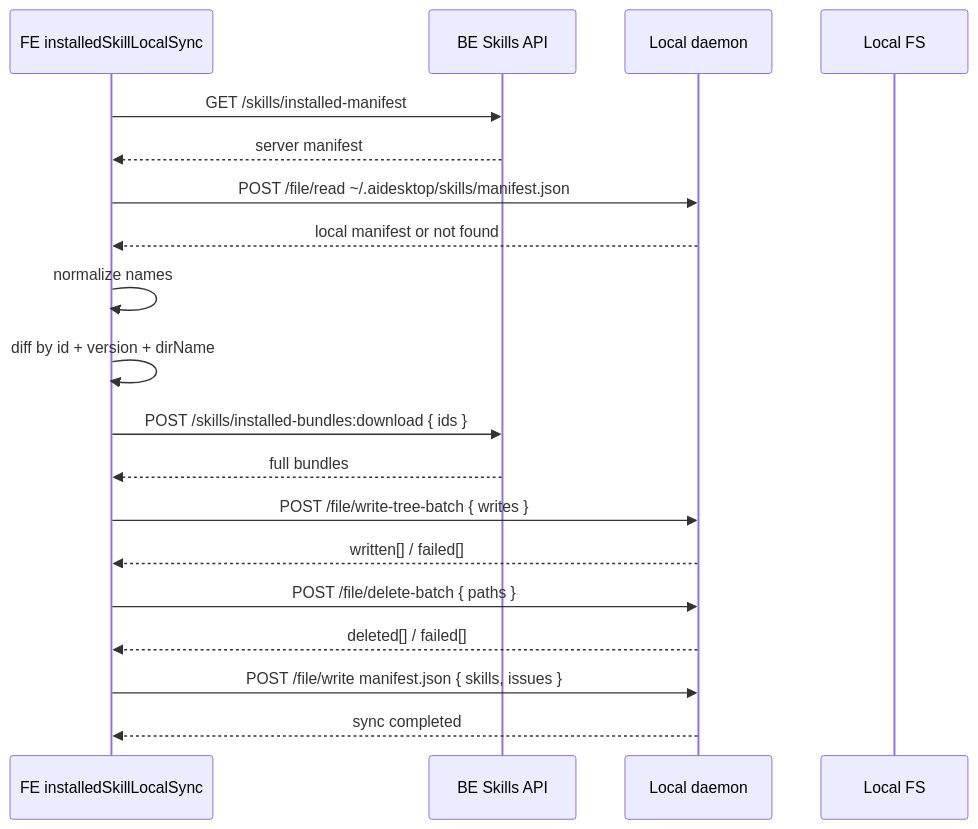
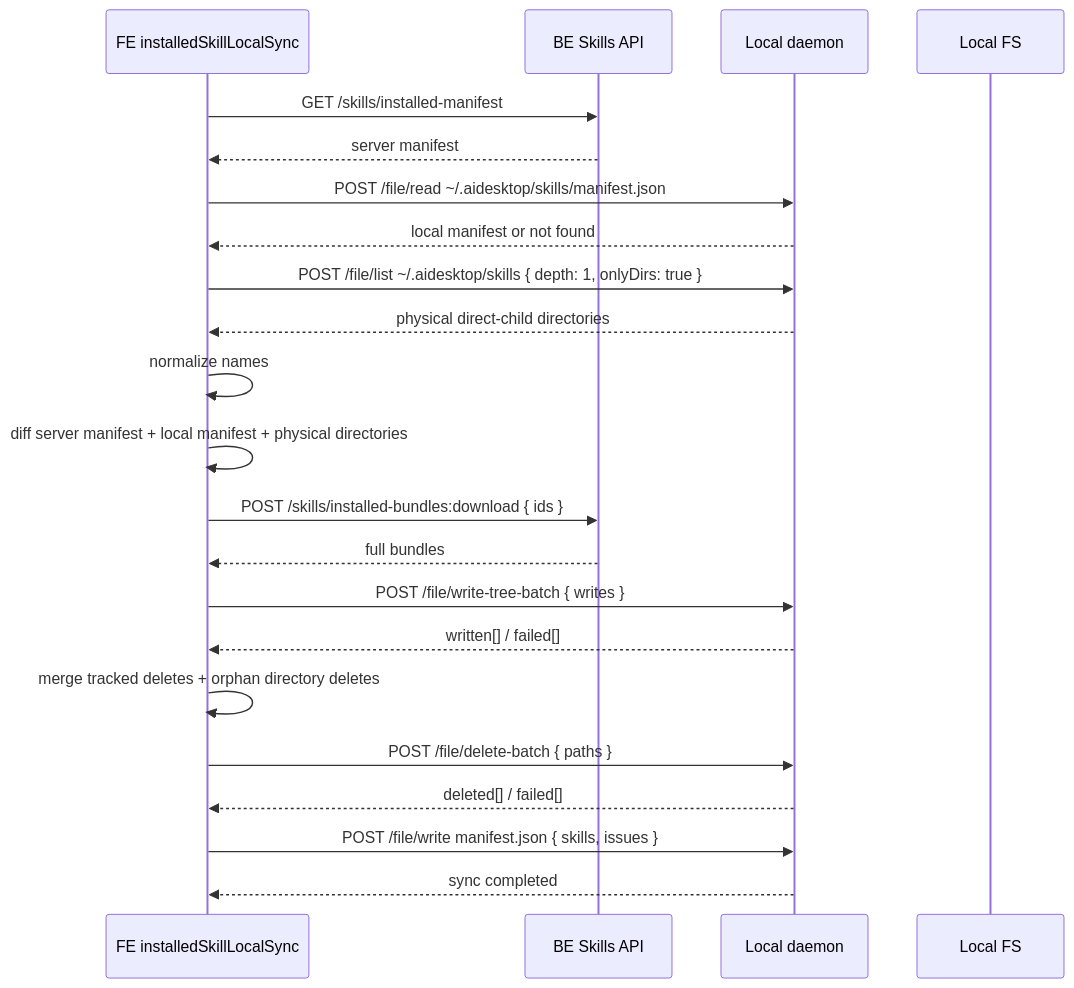
The third of 3 diagrams in ai-desk/Skill/local-materialization/specs/02-sync-flow.md (karmiy/rc-obsidian-docs), drawn with Mermaid before and after one commit. The commit also changed other lines of this file and 16 other files, not shown here.

````diff
--- a/ai-desk/Skill/local-materialization/specs/02-sync-flow.md
+++ b/ai-desk/Skill/local-materialization/specs/02-sync-flow.md
@@ -183,22 +183,25 @@
 ```mermaid
 sequenceDiagram
   participant FE as FE installedSkillLocalSync
   participant BE as BE Skills API
   participant D as Local daemon
   participant FS as Local FS
 
   FE->>BE: GET /skills/installed-manifest
   BE-->>FE: server manifest
   FE->>D: POST /file/read ~/.aidesktop/skills/manifest.json
   D-->>FE: local manifest or not found
+  FE->>D: POST /file/list ~/.aidesktop/skills { depth: 1, onlyDirs: true }
+  D-->>FE: physical direct-child directories
   FE->>FE: normalize names
-  FE->>FE: diff by id + version + dirName
+  FE->>FE: diff server manifest + local manifest + physical directories
   FE->>BE: POST /skills/installed-bundles:download { ids }
   BE-->>FE: full bundles
   FE->>D: POST /file/write-tree-batch { writes }
   D-->>FE: written[] / failed[]
+  FE->>FE: merge tracked deletes + orphan directory deletes
   FE->>D: POST /file/delete-batch { paths }
   D-->>FE: deleted[] / failed[]
   FE->>D: POST /file/write manifest.json { skills, issues }
   D-->>FE: sync completed
 ```
````
